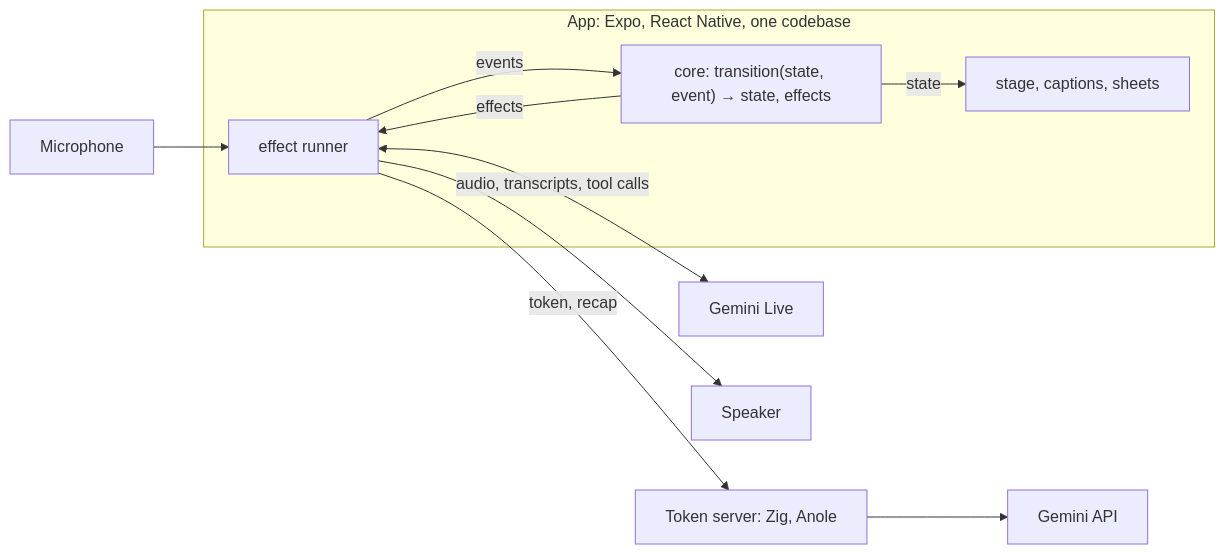
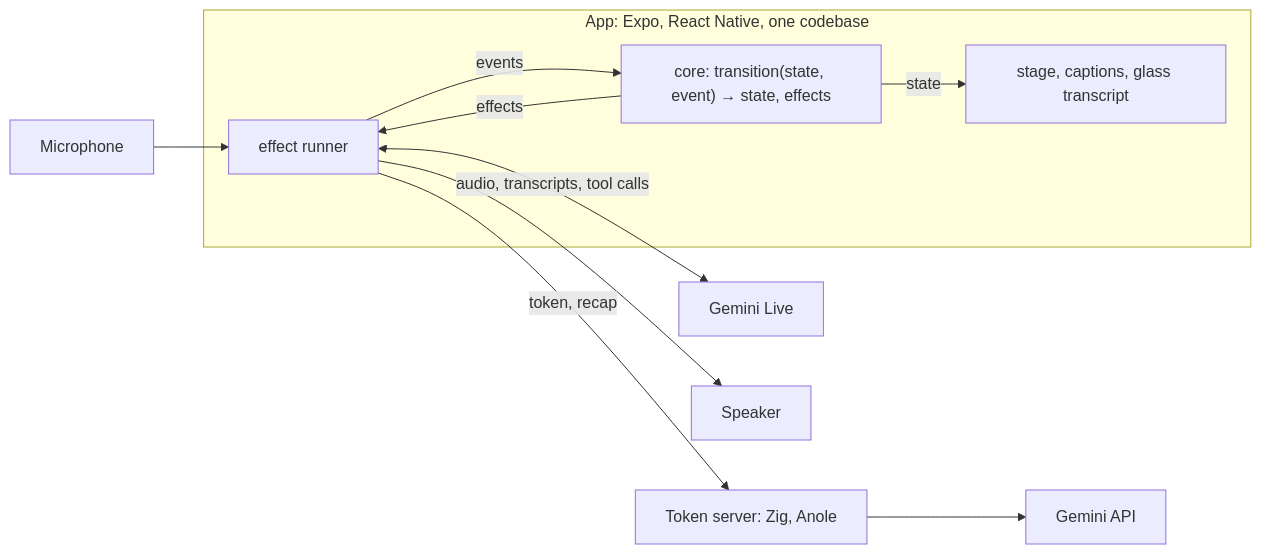
The diagram in README.md (xuckless/vorp), drawn with Mermaid before and after one commit. The commit also changed other lines of this file and 1 other file, not shown here.

Commit message:
Update README with brand hero, glass transcript screenshot, and recent changes

````diff
--- a/README.md
+++ b/README.md
@@ -65,16 +84,16 @@
 ```mermaid
 flowchart LR
   mic[Microphone] --> runner
   subgraph app[App: Expo, React Native, one codebase]
     reducer["core: transition(state, event) → state, effects"]
     runner[effect runner]
-    ui[stage, captions, sheets]
+    ui[stage, captions, glass transcript]
     runner -- events --> reducer
     reducer -- effects --> runner
     reducer -- state --> ui
   end
   runner <-- audio, transcripts, tool calls --> live[Gemini Live]
   runner --> speaker[Speaker]
   runner -- token, recap --> server[Token server: Zig, Anole]
   server --> gemini[Gemini API]
 ```
````
